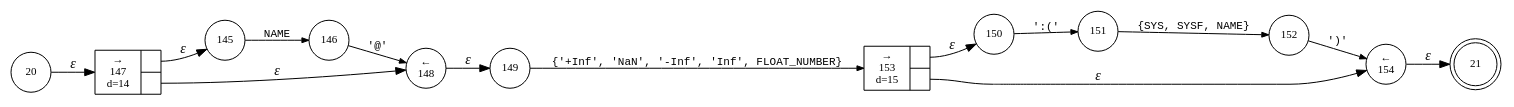
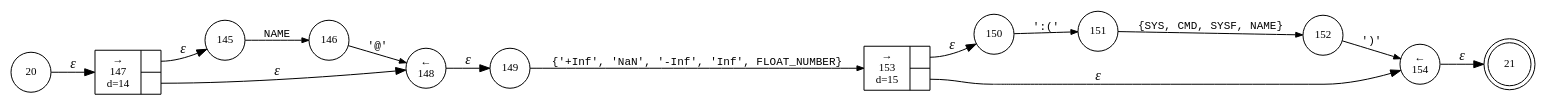
Before and after one commit to vulogov/Bund2: the diagram in internal/parser/Bund.float_term.dot, drawn with Graphviz. The commit also changed 24 other files, not shown here.

```diff
--- a/internal/parser/Bund.float_term.dot
+++ b/internal/parser/Bund.float_term.dot
@@ -1,28 +1,28 @@
 digraph ATN {
 rankdir=LR;
 s21[fontsize=11, label="21", shape=doublecircle, fixedsize=true, width=.6];
 s145[fontsize=11,label="145", shape=circle, fixedsize=true, width=.55, peripheries=1];
 s146[fontsize=11,label="146", shape=circle, fixedsize=true, width=.55, peripheries=1];
 s147[fontsize=11,label="{&rarr;\n147\nd=14|{<p0>|<p1>}}", shape=record, fixedsize=false, peripheries=1];
 s20[fontsize=11,label="20", shape=circle, fixedsize=true, width=.55, peripheries=1];
 s148[fontsize=11,label="&larr;\n148", shape=circle, fixedsize=true, width=.55, peripheries=1];
 s149[fontsize=11,label="149", shape=circle, fixedsize=true, width=.55, peripheries=1];
 s150[fontsize=11,label="150", shape=circle, fixedsize=true, width=.55, peripheries=1];
 s151[fontsize=11,label="151", shape=circle, fixedsize=true, width=.55, peripheries=1];
 s152[fontsize=11,label="152", shape=circle, fixedsize=true, width=.55, peripheries=1];
 s153[fontsize=11,label="{&rarr;\n153\nd=15|{<p0>|<p1>}}", shape=record, fixedsize=false, peripheries=1];
 s154[fontsize=11,label="&larr;\n154", shape=circle, fixedsize=true, width=.55, peripheries=1];
 s20 -> s147 [fontname="Times-Italic", label="&epsilon;"];
 s147:p0 -> s145 [fontname="Times-Italic", label="&epsilon;"];
 s147:p1 -> s148 [fontname="Times-Italic", label="&epsilon;"];
 s145 -> s146 [fontsize=11, fontname="Courier", arrowsize=.7, label = "NAME", arrowhead = normal];
 s148 -> s149 [fontname="Times-Italic", label="&epsilon;"];
 s146 -> s148 [fontsize=11, fontname="Courier", arrowsize=.7, label = "'@'", arrowhead = normal];
 s149 -> s153 [fontsize=11, fontname="Courier", arrowsize=.7, label = "{'+Inf', 'NaN', '-Inf', 'Inf', FLOAT_NUMBER}", arrowhead = normal];
 s153:p0 -> s150 [fontname="Times-Italic", label="&epsilon;"];
 s153:p1 -> s154 [fontname="Times-Italic", label="&epsilon;"];
 s150 -> s151 [fontsize=11, fontname="Courier", arrowsize=.7, label = "':('", arrowhead = normal];
 s154 -> s21 [fontname="Times-Italic", label="&epsilon;"];
-s151 -> s152 [fontsize=11, fontname="Courier", arrowsize=.7, label = "{SYS, SYSF, NAME}", arrowhead = normal];
+s151 -> s152 [fontsize=11, fontname="Courier", arrowsize=.7, label = "{SYS, CMD, SYSF, NAME}", arrowhead = normal];
 s152 -> s154 [fontsize=11, fontname="Courier", arrowsize=.7, label = "')'", arrowhead = normal];
 }
```
